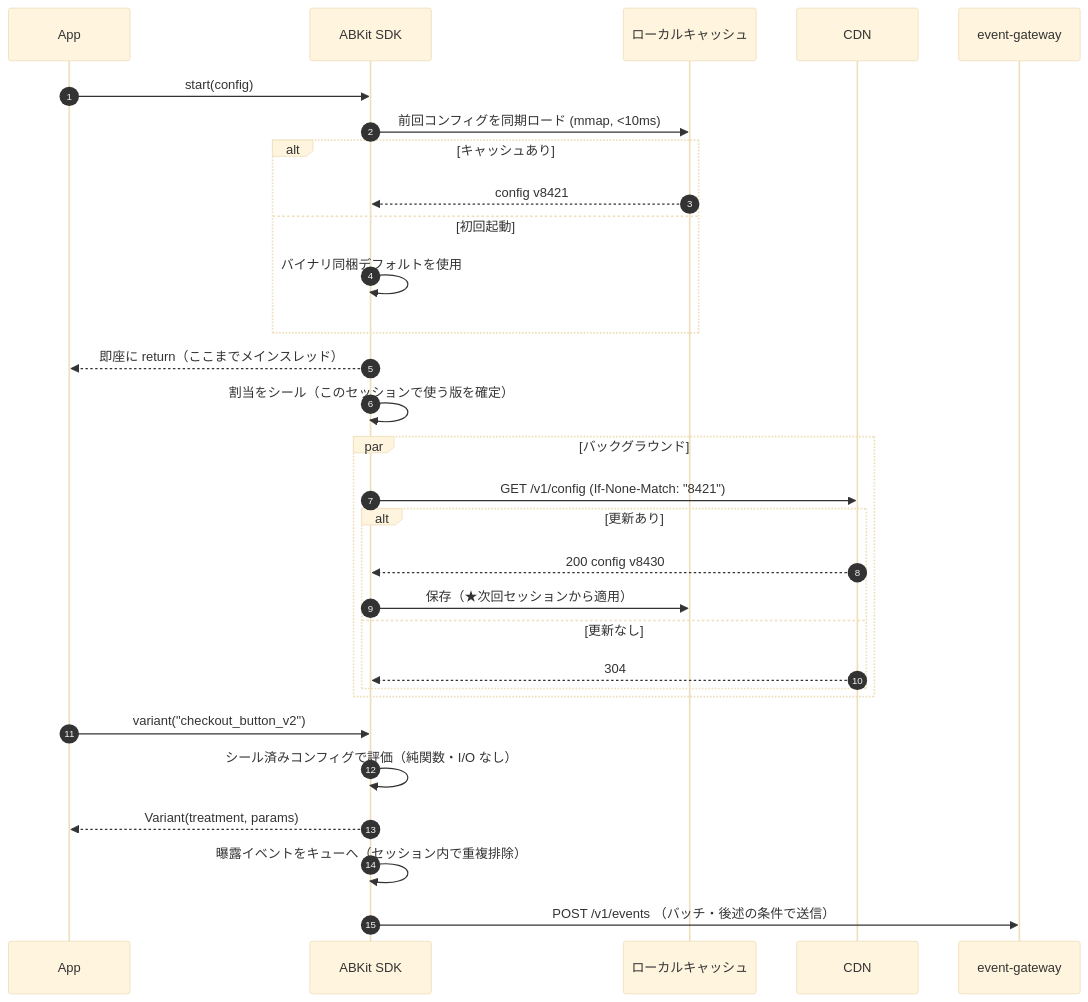
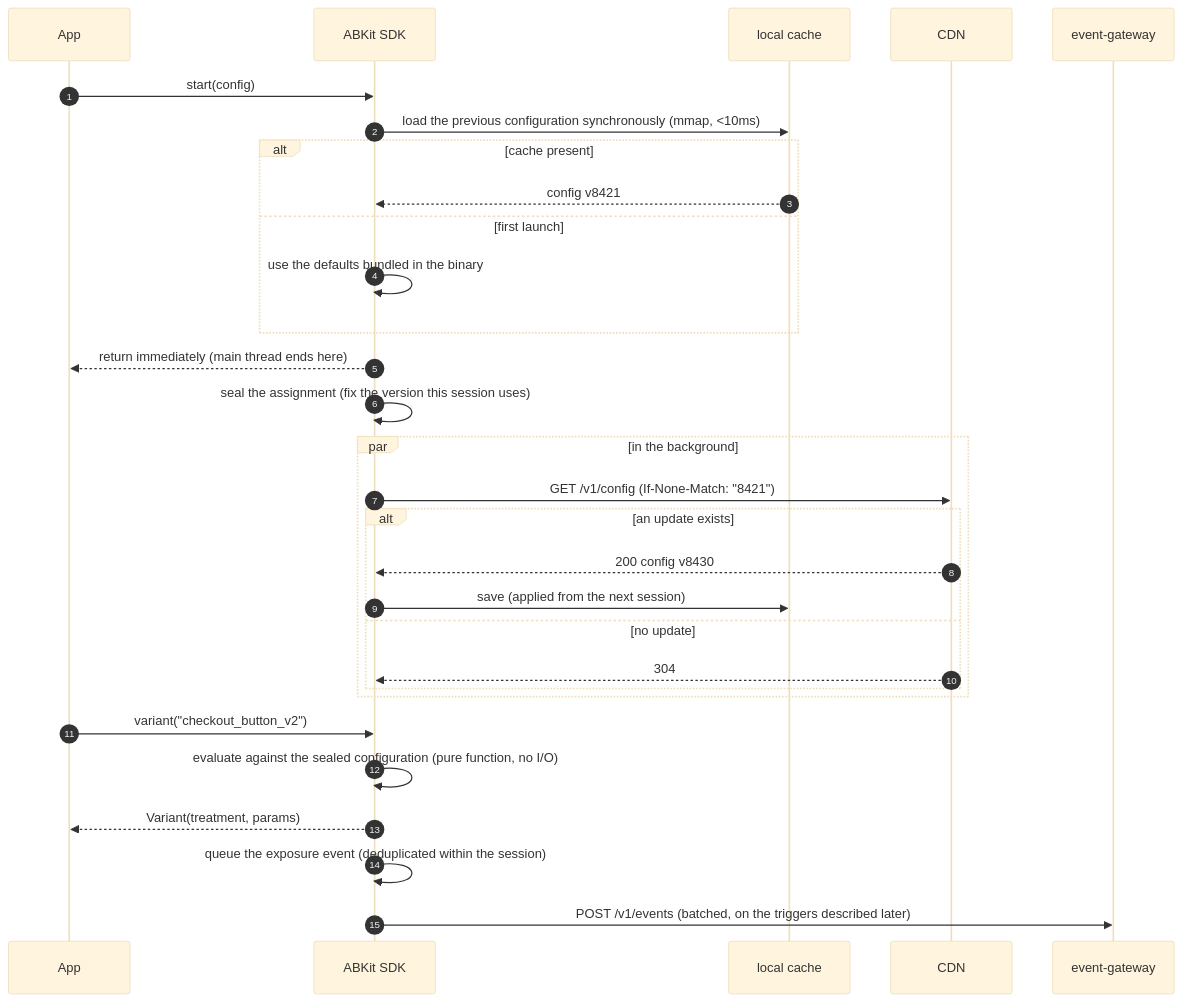
Before and after one commit to 0x0c/bakuchi: the second of 5 diagrams in docs/02-architecture.md, drawn with Mermaid (base theme). The commit also changed other lines of this file and 37 other files, not shown here.

````diff
--- a/docs/02-architecture.md
+++ b/docs/02-architecture.md
@@ -91,35 +97,35 @@
 ```mermaid
 sequenceDiagram
     autonumber
     participant App
     participant SDK as ABKit SDK
-    participant Disk as ローカルキャッシュ
+    participant Disk as local cache
     participant CDN
     participant GW as event-gateway
 
     App->>SDK: start(config)
-    SDK->>Disk: 前回コンフィグを同期ロード (mmap, <10ms)
-    alt キャッシュあり
+    SDK->>Disk: load the previous configuration synchronously (mmap, <10ms)
+    alt cache present
         Disk-->>SDK: config v8421
-    else 初回起動
-        SDK->>SDK: バイナリ同梱デフォルトを使用
+    else first launch
+        SDK->>SDK: use the defaults bundled in the binary
     end
-    SDK-->>App: 即座に return（ここまでメインスレッド）
-    SDK->>SDK: 割当をシール（このセッションで使う版を確定）
+    SDK-->>App: return immediately (main thread ends here)
+    SDK->>SDK: seal the assignment (fix the version this session uses)
 
-    par バックグラウンド
+    par in the background
         SDK->>CDN: GET /v1/config (If-None-Match: "8421")
-        alt 更新あり
+        alt an update exists
             CDN-->>SDK: 200 config v8430
-            SDK->>Disk: 保存（★次回セッションから適用）
-        else 更新なし
+            SDK->>Disk: save (applied from the next session)
+        else no update
             CDN-->>SDK: 304
         end
     end
 
     App->>SDK: variant("checkout_button_v2")
-    SDK->>SDK: シール済みコンフィグで評価（純関数・I/O なし）
+    SDK->>SDK: evaluate against the sealed configuration (pure function, no I/O)
     SDK-->>App: Variant(treatment, params)
-    SDK->>SDK: 曝露イベントをキューへ（セッション内で重複排除）
-    SDK->>GW: POST /v1/events （バッチ・後述の条件で送信）
+    SDK->>SDK: queue the exposure event (deduplicated within the session)
+    SDK->>GW: POST /v1/events (batched, on the triggers described later)
 ```
````
